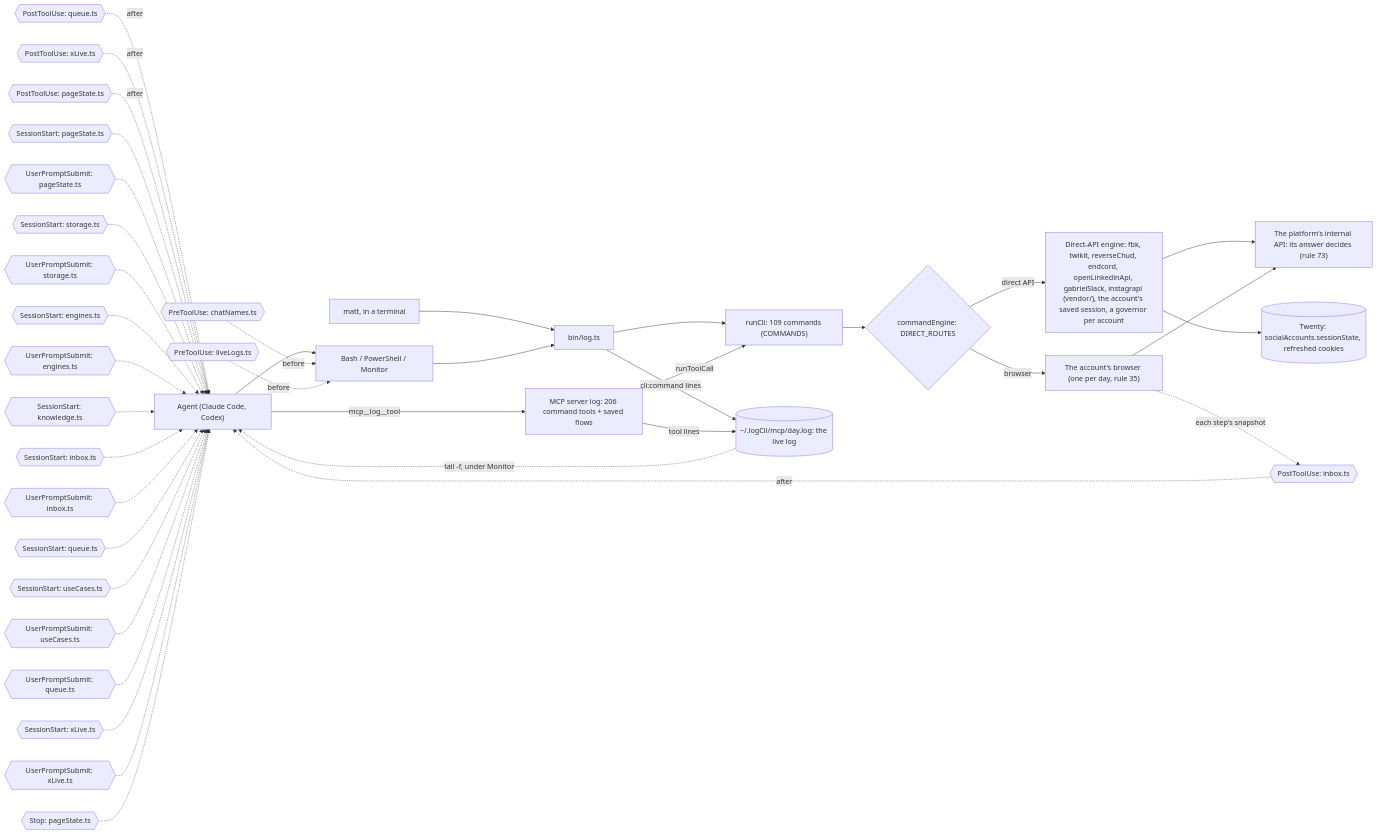
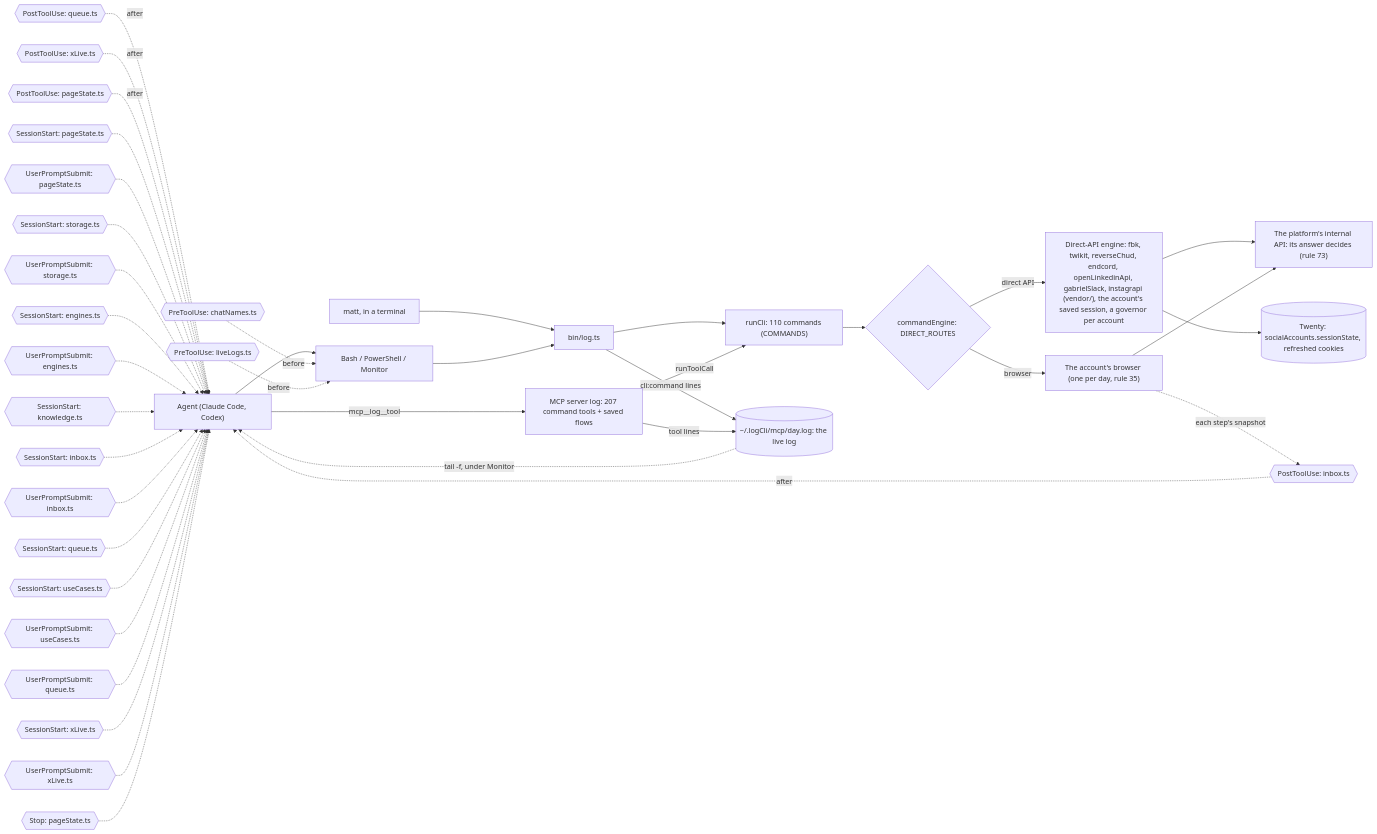
Before and after one commit to matthewdonsemail-lab/log: the diagram in docs/diagrams/surface.mmd, drawn with Mermaid. The commit also changed 28 other files, not shown here.

First line of the commit message:
feat(sessions): one account check for the CLI, MCP and console

```diff
--- a/docs/diagrams/surface.mmd
+++ b/docs/diagrams/surface.mmd
@@ -1,53 +1,53 @@
 %% How a call reaches log-cli. From a shell or over MCP, both run the same commands through `runCli`, write the same live log, and pass through the same hooks. `commandEngine` sends each command to the platform's direct API or to the account's browser.
 %% Written by `bun run docs:build` from the code (rule 56). Not edited by hand.
 flowchart LR
   agent["Agent (Claude Code, Codex)"]
   matt["matt, in a terminal"]
   shell["Bash / PowerShell / Monitor"]
-  mcp["MCP server log: 206 command tools + saved flows"]
+  mcp["MCP server log: 207 command tools + saved flows"]
   bin["bin/log.ts"]
-  runCli["runCli: 109 commands (COMMANDS)"]
+  runCli["runCli: 110 commands (COMMANDS)"]
   live[("~/.logCli/mcp/day.log: the live log")]
   engine{"commandEngine: DIRECT_ROUTES"}
   direct["Direct-API engine: fbk, twikit, reverseChud, endcord, openLinkedinApi, gabrielSlack, instagrapi (vendor/), the account's saved session, a governor per account"]
   browser["The account's browser (one per day, rule 35)"]
   api["The platform's internal API: its answer decides (rule 73)"]
   twenty[("Twenty: socialAccounts.sessionState, refreshed cookies")]
   agent --> shell
   matt --> bin
   shell --> bin
   agent -->|mcp__log__tool| mcp
   bin --> runCli
   mcp -->|runToolCall| runCli
   runCli --> engine
   engine -->|direct API| direct
   engine -->|browser| browser
   direct --> api
   browser --> api
   direct --> twenty
   bin -->|cli:command lines| live
   mcp -->|tool lines| live
   live -.->|tail -f, under Monitor| agent
   pre0{{"PreToolUse: chatNames.ts"}} -.->|before| shell
   pre1{{"PreToolUse: liveLogs.ts"}} -.->|before| shell
   post0{{"PostToolUse: inbox.ts"}} -.->|after| agent
   post1{{"PostToolUse: queue.ts"}} -.->|after| agent
   post2{{"PostToolUse: xLive.ts"}} -.->|after| agent
   post3{{"PostToolUse: pageState.ts"}} -.->|after| agent
   turn0{{"SessionStart: pageState.ts"}} -.-> agent
   turn1{{"UserPromptSubmit: pageState.ts"}} -.-> agent
   turn2{{"SessionStart: storage.ts"}} -.-> agent
   turn3{{"UserPromptSubmit: storage.ts"}} -.-> agent
   turn4{{"SessionStart: engines.ts"}} -.-> agent
   turn5{{"UserPromptSubmit: engines.ts"}} -.-> agent
   turn6{{"SessionStart: knowledge.ts"}} -.-> agent
   turn7{{"SessionStart: inbox.ts"}} -.-> agent
   turn8{{"UserPromptSubmit: inbox.ts"}} -.-> agent
   turn9{{"SessionStart: queue.ts"}} -.-> agent
   turn10{{"SessionStart: useCases.ts"}} -.-> agent
   turn11{{"UserPromptSubmit: useCases.ts"}} -.-> agent
   turn12{{"UserPromptSubmit: queue.ts"}} -.-> agent
   turn13{{"SessionStart: xLive.ts"}} -.-> agent
   turn14{{"UserPromptSubmit: xLive.ts"}} -.-> agent
   turn15{{"Stop: pageState.ts"}} -.-> agent
   browser -.->|each step's snapshot| post0
```
